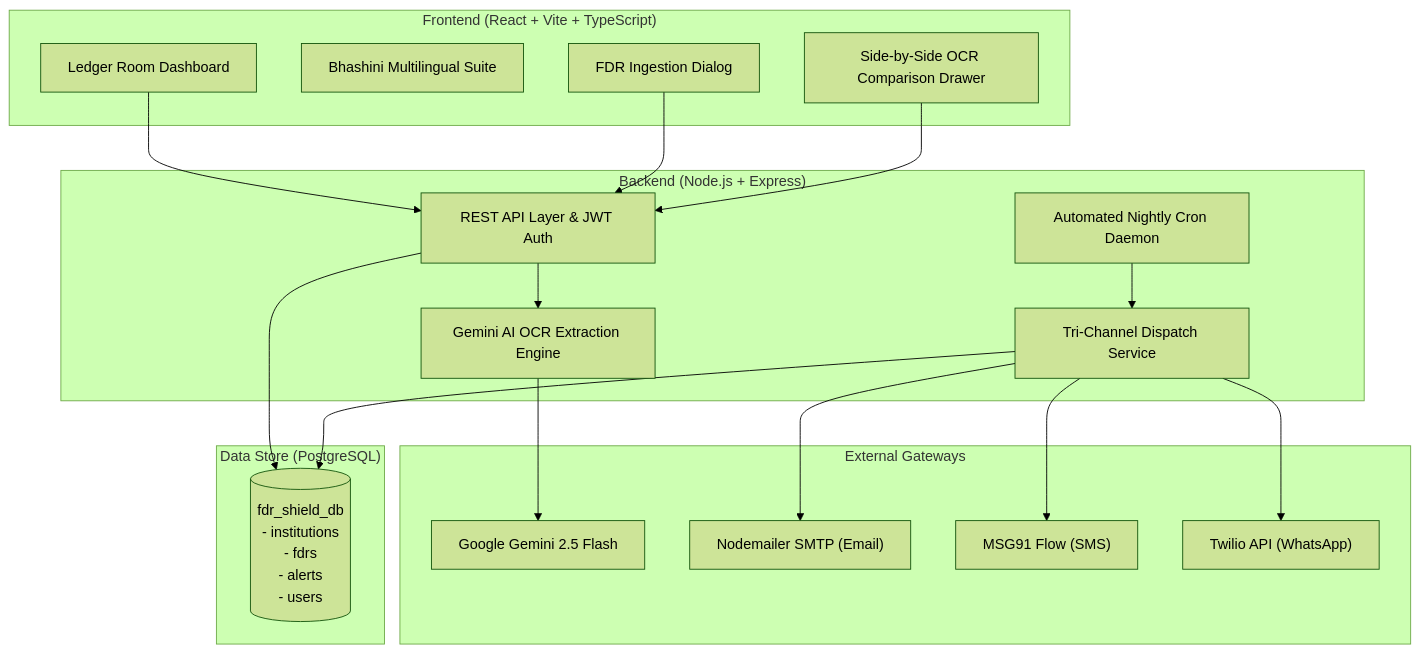
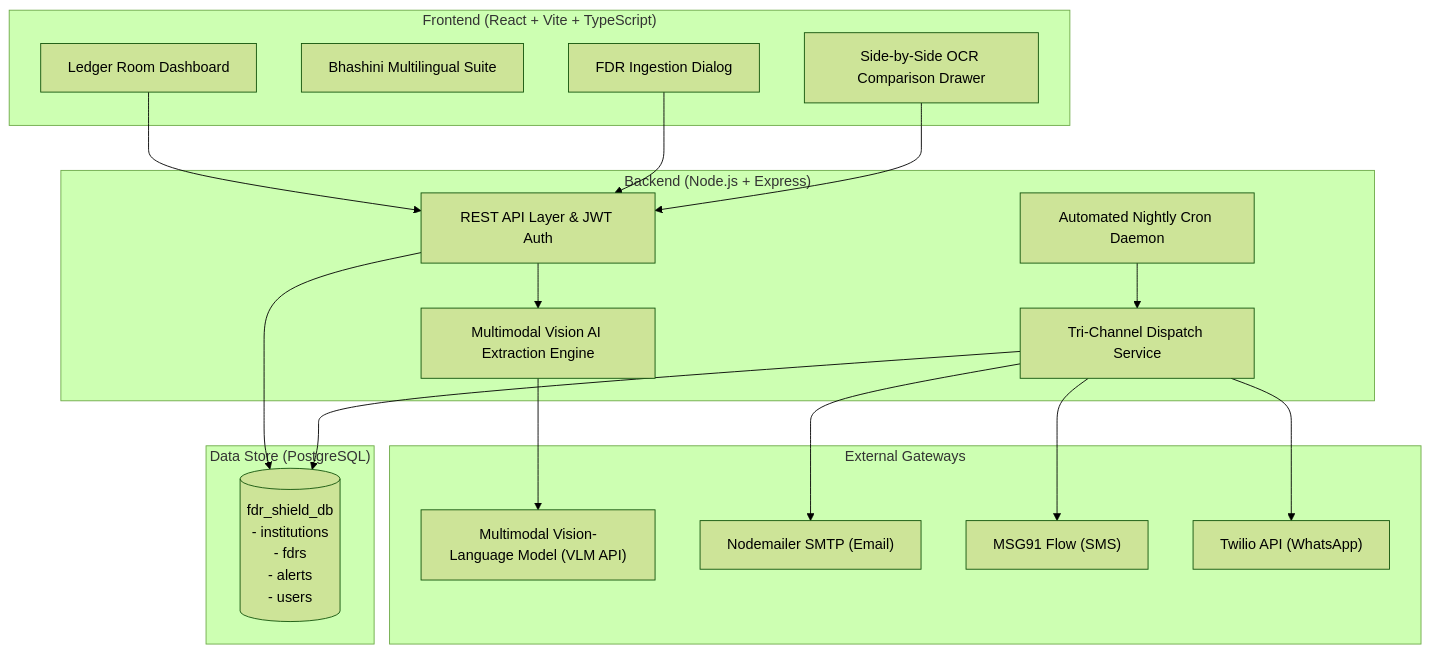
One commit to Code-Breaker-Ctrl/fdr-shield changed the diagram in README.md. Above: the diagram before and after it, drawn with Mermaid (forest theme). The commit also changed 2 other files, not shown here.

Commit message:
feat: complete multilingual coverage for pages 3-7 and make architecture diagram vendor-neutral

````diff
--- a/README.md
+++ b/README.md
@@ -68,39 +68,39 @@
 ```mermaid
 flowchart TD
     subgraph Frontend ["Frontend (React + Vite + TypeScript)"]
         UI["Ledger Room Dashboard"]
         Lang["Bhashini Multilingual Suite"]
         Drawer["Side-by-Side OCR Comparison Drawer"]
         Modal["FDR Ingestion Dialog"]
     end
 
     subgraph Backend ["Backend (Node.js + Express)"]
         API["REST API Layer & JWT Auth"]
-        OCR["Gemini AI OCR Extraction Engine"]
+        OCR["Multimodal Vision AI Extraction Engine"]
         Cron["Automated Nightly Cron Daemon"]
         Alerts["Tri-Channel Dispatch Service"]
     end
 
     subgraph ThirdParty ["External Gateways"]
-        Gemini["Google Gemini 2.5 Flash"]
+        VLM["Multimodal Vision-Language Model (VLM API)"]
         SMTP["Nodemailer SMTP (Email)"]
         SMS["MSG91 Flow (SMS)"]
         WA["Twilio API (WhatsApp)"]
     end
 
     subgraph Database ["Data Store (PostgreSQL)"]
         DB[("fdr_shield_db<br/>- institutions<br/>- fdrs<br/>- alerts<br/>- users")]
     end
 
     UI --> API
     Modal --> API
     Drawer --> API
     API --> DB
     API --> OCR
-    OCR --> Gemini
+    OCR --> VLM
     Cron --> Alerts
     Alerts --> SMTP
     Alerts --> SMS
     Alerts --> WA
     Alerts --> DB
 ```
````
